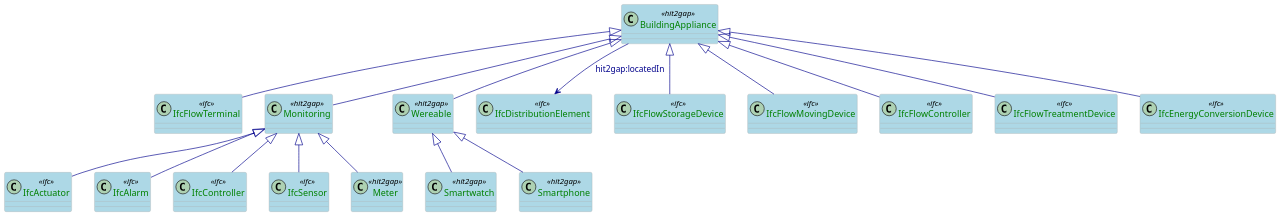
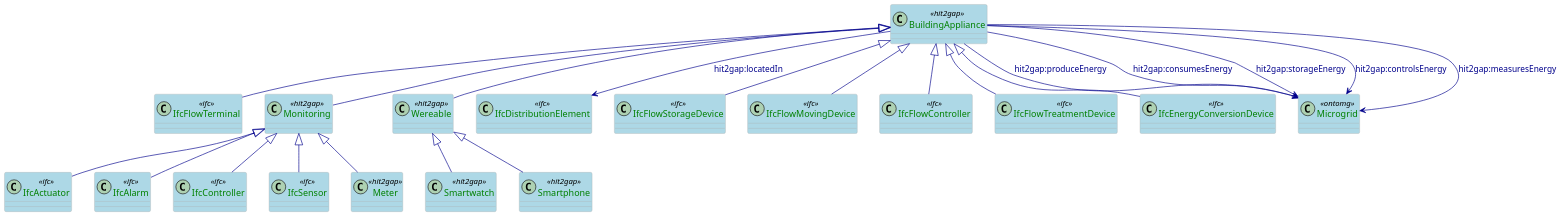
The diagram in docs/plantuml/BuildingAppliance.puml (HIT2GAP-EU-PROJECT/BEMOnt), drawn with PlantUML before and after one commit.

```diff
--- a/docs/plantuml/BuildingAppliance.puml
+++ b/docs/plantuml/BuildingAppliance.puml
@@ -1,57 +1,62 @@
 @startuml
 
 scale 0.5
 
 skinparam class {
   ArrowColor DarkBlue
   ArrowFontColor DarkBlue
   BackgroundColor LightBlue
   BorderColor DarkGrey
 }
 skinparam dpi 300
 skinparam stereotypeCBackgroundColor Wheat
 skinparam classAttributeFontColor  Green
 
 class BuildingAppliance <<hit2gap>>
 class IfcFlowTerminal <<ifc>>
 class Monitoring <<hit2gap>>
 class Wereable <<hit2gap>>
 class Smartwatch <<hit2gap>>
 class Smartphone <<hit2gap>>
 
 class IfcActuator <<ifc>>
 class IfcAlarm <<ifc>>
 class IfcController <<ifc>>
 class IfcSensor <<ifc>>
 class Meter <<hit2gap>>
 
 class IfcDistributionElement <<ifc>>
 class IfcFlowStorageDevice <<ifc>>
 class IfcFlowMovingDevice <<ifc>>
 class IfcFlowController <<ifc>>
 class IfcFlowTreatmentDevice <<ifc>>
 class IfcEnergyConversionDevice <<ifc>>
 
+class Microgrid <<ontomg>>
 
 BuildingAppliance <|-- IfcFlowTerminal
 BuildingAppliance <|-- Monitoring
 BuildingAppliance <|-- Wereable
 BuildingAppliance --> IfcDistributionElement: hit2gap:locatedIn
 BuildingAppliance <|-- IfcFlowStorageDevice
 BuildingAppliance <|-- IfcFlowMovingDevice
 BuildingAppliance <|-- IfcFlowController
 BuildingAppliance <|-- IfcFlowTreatmentDevice
 BuildingAppliance <|-- IfcEnergyConversionDevice
 
 Wereable <|-- Smartwatch
 Wereable <|-- Smartphone
 
 Monitoring <|-- IfcSensor
 Monitoring <|-- IfcActuator
 Monitoring <|-- IfcAlarm
 Monitoring <|-- IfcController
 Monitoring <|-- Meter
 
-
+BuildingAppliance --> Microgrid: hit2gap:produceEnergy
+BuildingAppliance --> Microgrid: hit2gap:consumesEnergy
+BuildingAppliance --> Microgrid: hit2gap:storageEnergy
+BuildingAppliance --> Microgrid: hit2gap:controlsEnergy
+BuildingAppliance --> Microgrid: hit2gap:measuresEnergy
 
 @enduml
```
